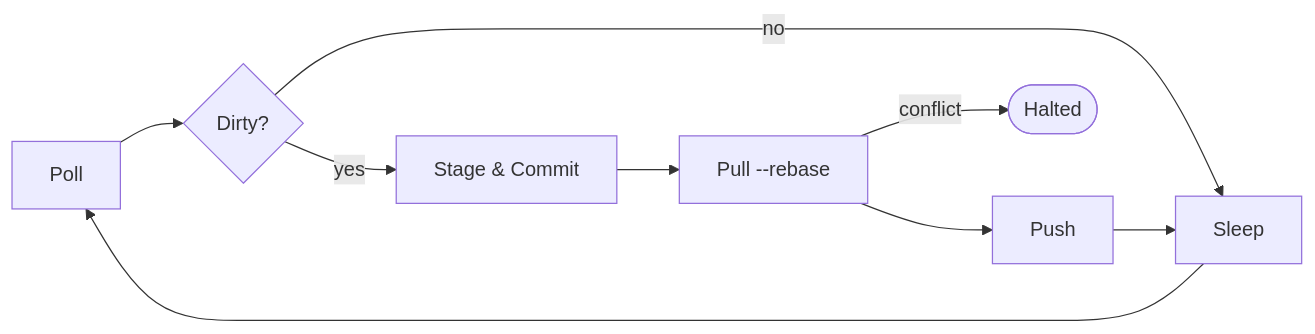
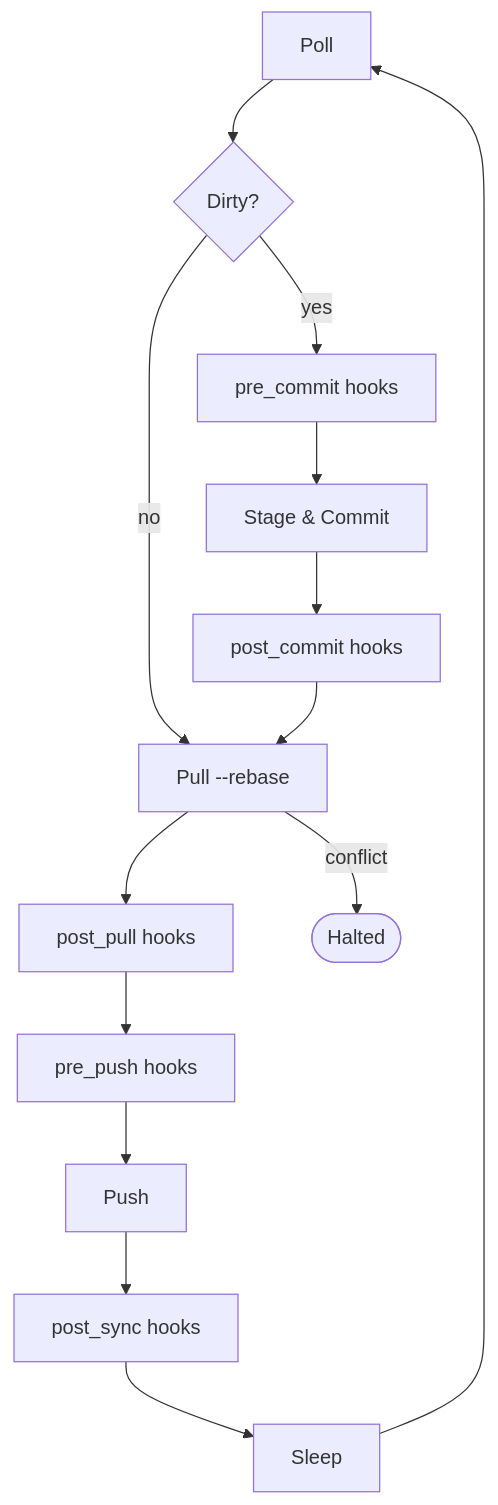
One commit to michaelquigley/sexton changed the first of 2 diagrams in README.md. Above: the diagram before and after it, drawn with Mermaid. The commit also changed other lines of this file and 5 other files, not shown here.

````diff
--- a/README.md
+++ b/README.md
@@ -13,11 +13,16 @@
 ```mermaid
-flowchart LR
+flowchart TD
     poll[Poll] --> dirty{Dirty?}
-    dirty -- no --> sleep[Sleep]
-    dirty -- yes --> commit[Stage & Commit]
-    commit --> pull[Pull --rebase]
-    pull --> push[Push]
-    push --> sleep
+    dirty -- no --> pull
+    dirty -- yes --> pre_commit[pre_commit hooks]
+    pre_commit --> commit[Stage & Commit]
+    commit --> post_commit[post_commit hooks]
+    post_commit --> pull[Pull --rebase]
+    pull --> post_pull[post_pull hooks]
+    post_pull --> pre_push[pre_push hooks]
+    pre_push --> push[Push]
+    push --> post_sync[post_sync hooks]
+    post_sync --> sleep[Sleep]
     sleep --> poll
     pull -- conflict --> halted([Halted])
 ```
````
